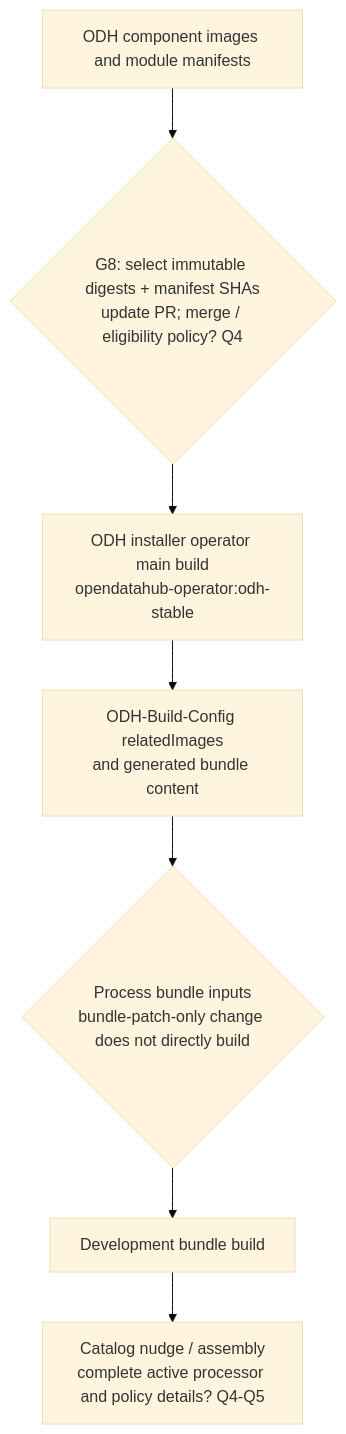
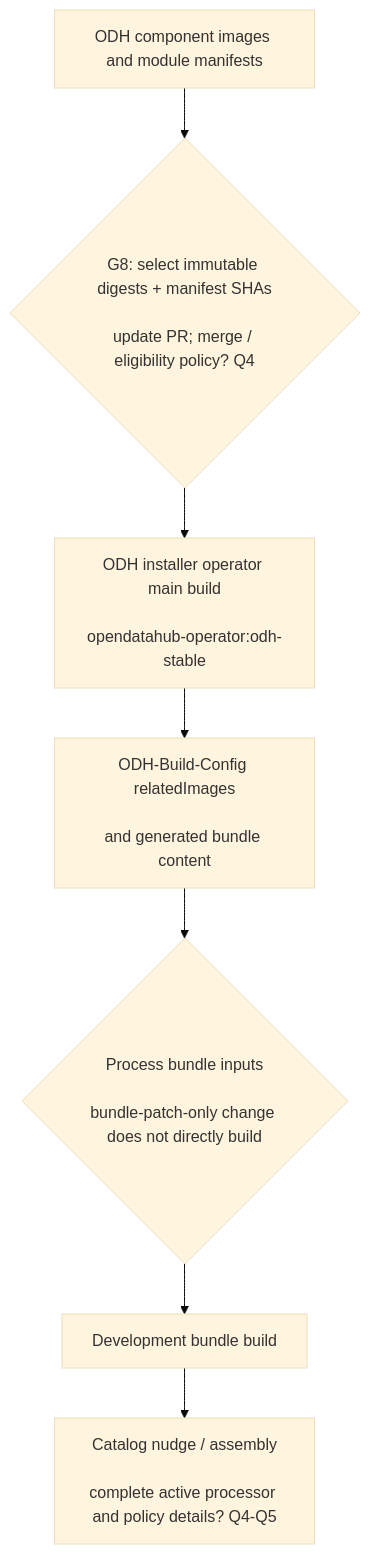
Before and after one commit to julpayne/docs: the second of 5 diagrams in EvalHub/pr-to-installer-build-flow.md, drawn with Mermaid (base theme). The commit also changed other lines of this file and 1 other file, not shown here.

````diff
--- a/EvalHub/pr-to-installer-build-flow.md
+++ b/EvalHub/pr-to-installer-build-flow.md
@@ -51,9 +109,21 @@
 ```mermaid
 flowchart TB
-  IMAGES["ODH component images and module manifests"] --> SELECT{"G8: select immutable digests + manifest SHAs<br/>update PR; merge / eligibility policy? Q4"}
-  SELECT --> BUILD["ODH installer operator main build<br/>opendatahub-operator:odh-stable"]
-  BUILD --> INPUTS["ODH-Build-Config relatedImages<br/>and generated bundle content"]
-  INPUTS --> PROCESS{"Process bundle inputs<br/>bundle-patch-only change does not directly build"}
-  PROCESS --> BUNDLE["Development bundle build"]
-  BUNDLE --> CATALOG["Catalog nudge / assembly<br/>complete active processor and policy details? Q4-Q5"]
+  IMAGES["ODH component images and module manifests"]
+  SELECT{"G8: select immutable digests + manifest SHAs<br/>
+update PR; merge / eligibility policy? Q4"}
+  IMAGES --> SELECT
+  BUILD["ODH installer operator main build<br/>
+opendatahub-operator:odh-stable"]
+  SELECT --> BUILD
+  INPUTS["ODH-Build-Config relatedImages<br/>
+and generated bundle content"]
+  BUILD --> INPUTS
+  PROCESS{"Process bundle inputs<br/>
+bundle-patch-only change does not directly build"}
+  INPUTS --> PROCESS
+  BUNDLE["Development bundle build"]
+  PROCESS --> BUNDLE
+  CATALOG["Catalog nudge / assembly<br/>
+complete active processor and policy details? Q4-Q5"]
+  BUNDLE --> CATALOG
 ```
````
